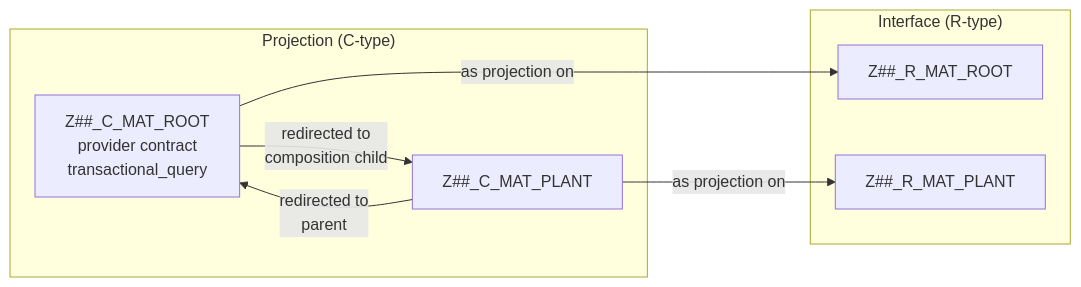
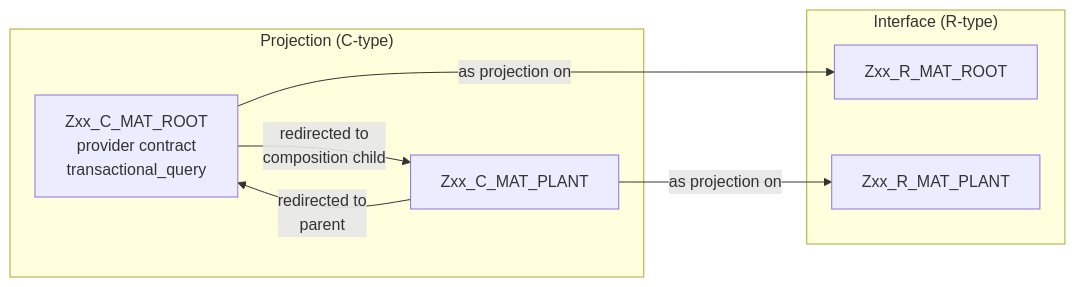
Before and after one commit to fr0ster/cloud-llm-hub: the eighth of 10 diagrams in docs/tutorials/rap-bo-creation.md, drawn with Mermaid. The commit also changed other lines of this file, not shown here.

Commit message:
fix: replace ## with xx in mermaid diagrams — # is a mermaid special character

````diff
--- a/docs/tutorials/rap-bo-creation.md
+++ b/docs/tutorials/rap-bo-creation.md
@@ -405,17 +405,17 @@
 ```mermaid
 graph LR
     subgraph "Projection (C-type)"
-        C_ROOT[Z##_C_MAT_ROOT<br/>provider contract<br/>transactional_query]
-        C_PLANT[Z##_C_MAT_PLANT]
+        C_ROOT[Zxx_C_MAT_ROOT<br/>provider contract<br/>transactional_query]
+        C_PLANT[Zxx_C_MAT_PLANT]
     end
 
     subgraph "Interface (R-type)"
-        R_ROOT[Z##_R_MAT_ROOT]
-        R_PLANT[Z##_R_MAT_PLANT]
+        R_ROOT[Zxx_R_MAT_ROOT]
+        R_PLANT[Zxx_R_MAT_PLANT]
     end
 
     C_ROOT -->|"as projection on"| R_ROOT
     C_PLANT -->|"as projection on"| R_PLANT
     C_ROOT -->|"redirected to<br/>composition child"| C_PLANT
     C_PLANT -->|"redirected to<br/>parent"| C_ROOT
 ```
````
